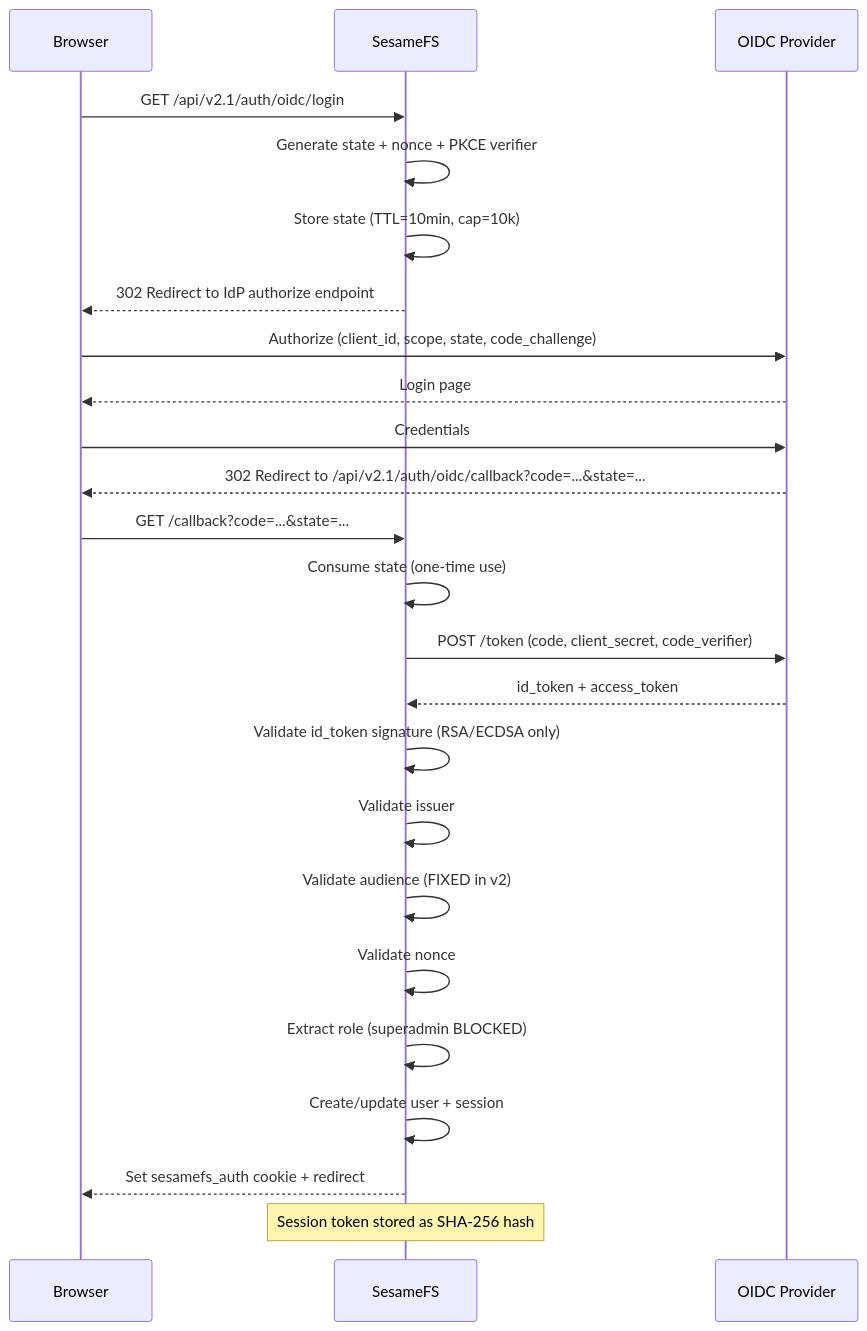
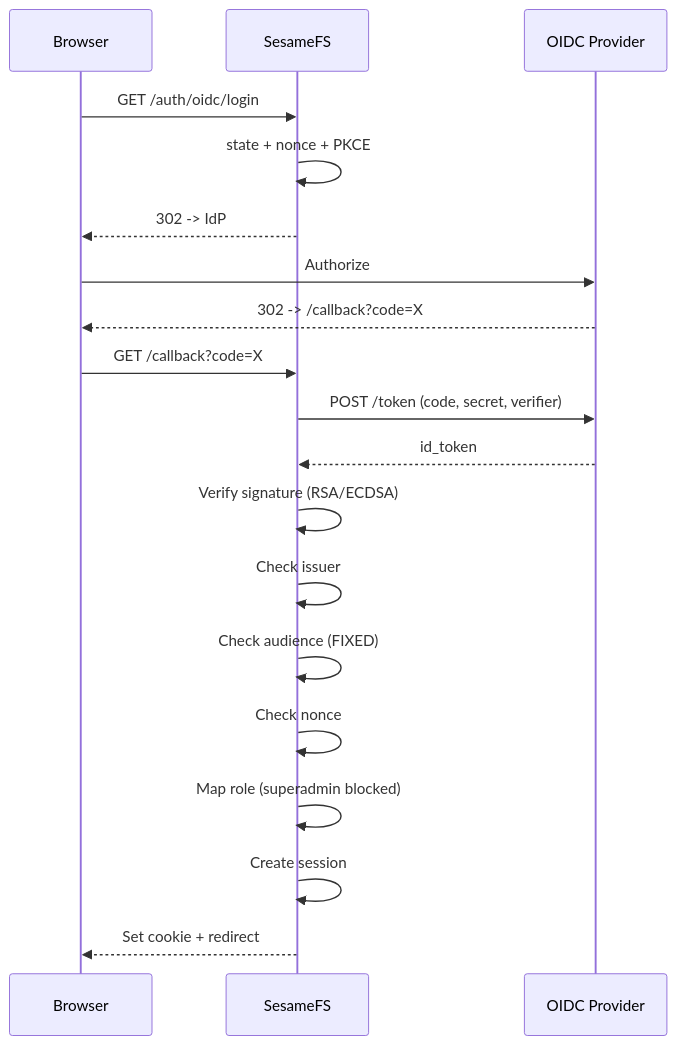
One commit to Sesame-Disk/cool-storage-api changed the second of 2 diagrams in docs/diagrams/security-layer.md. Above: the diagram before and after it, drawn with Mermaid. The commit also changed other lines of this file and 5 other files, not shown here.

Commit message:
Fix: mermaid diagram generator visibility. Adding diagrams and reviewing previous review fixes

````diff
--- a/docs/diagrams/security-layer.md
+++ b/docs/diagrams/security-layer.md
@@ -54,31 +42,25 @@
 ```mermaid
 sequenceDiagram
-    participant Browser
-    participant SesameFS
-    participant IdP as OIDC Provider
+    participant B as Browser
+    participant S as SesameFS
+    participant I as OIDC Provider
 
-    Browser->>SesameFS: GET /api/v2.1/auth/oidc/login
-    SesameFS->>SesameFS: Generate state + nonce + PKCE verifier
-    SesameFS->>SesameFS: Store state (TTL=10min, cap=10k)
-    SesameFS-->>Browser: 302 Redirect to IdP authorize endpoint
+    B->>S: GET /auth/oidc/login
+    S->>S: state + nonce + PKCE
+    S-->>B: 302 -> IdP
 
-    Browser->>IdP: Authorize (client_id, scope, state, code_challenge)
-    IdP-->>Browser: Login page
-    Browser->>IdP: Credentials
-    IdP-->>Browser: 302 Redirect to /api/v2.1/auth/oidc/callback?code=...&state=...
+    B->>I: Authorize
+    I-->>B: 302 -> /callback?code=X
 
-    Browser->>SesameFS: GET /callback?code=...&state=...
-    SesameFS->>SesameFS: Consume state (one-time use)
-    SesameFS->>IdP: POST /token (code, client_secret, code_verifier)
-    IdP-->>SesameFS: id_token + access_token
+    B->>S: GET /callback?code=X
+    S->>I: POST /token (code, secret, verifier)
+    I-->>S: id_token
 
-    SesameFS->>SesameFS: Validate id_token signature (RSA/ECDSA only)
-    SesameFS->>SesameFS: Validate issuer
-    SesameFS->>SesameFS: Validate audience (FIXED in v2)
-    SesameFS->>SesameFS: Validate nonce
-    SesameFS->>SesameFS: Extract role (superadmin BLOCKED)
-    SesameFS->>SesameFS: Create/update user + session
-    SesameFS-->>Browser: Set sesamefs_auth cookie + redirect
-
-    Note over SesameFS: Session token stored as SHA-256 hash
+    S->>S: Verify signature (RSA/ECDSA)
+    S->>S: Check issuer
+    S->>S: Check audience (FIXED)
+    S->>S: Check nonce
+    S->>S: Map role (superadmin blocked)
+    S->>S: Create session
+    S-->>B: Set cookie + redirect
 ```
````
